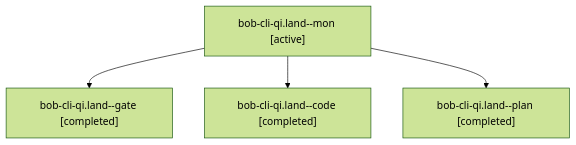
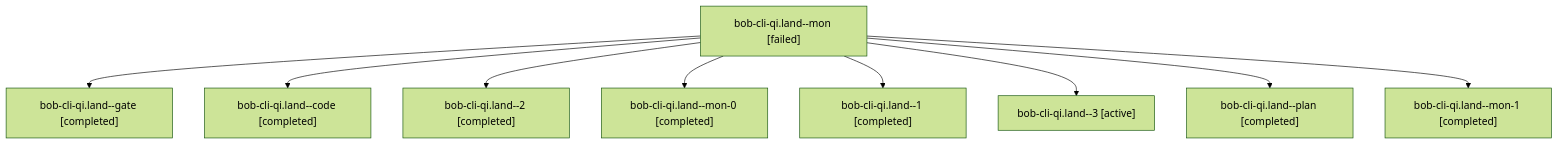
The diagram in sessions/bbugyi200.athena.bob-cli-qi.land.md (bobs-org/bob-cli--agents), drawn with Mermaid (forest theme) before and after one commit. The commit also changed other lines of this file and 67 other files, not shown here.

````diff
--- a/sessions/bbugyi200.athena.bob-cli-qi.land.md
+++ b/sessions/bbugyi200.athena.bob-cli-qi.land.md
@@ -9,10 +9,20 @@
 ```mermaid
 flowchart TD
-  n0["bob-cli-qi.land--mon [active]"]
+  n0["bob-cli-qi.land--mon [failed]"]
   n1["bob-cli-qi.land--gate [completed]"]
   n0 --> n1
   n2["bob-cli-qi.land--code [completed]"]
   n0 --> n2
-  n3["bob-cli-qi.land--plan [completed]"]
+  n3["bob-cli-qi.land--2 [completed]"]
   n0 --> n3
+  n4["bob-cli-qi.land--mon-0 [completed]"]
+  n0 --> n4
+  n5["bob-cli-qi.land--1 [completed]"]
+  n0 --> n5
+  n6["bob-cli-qi.land--3 [active]"]
+  n0 --> n6
+  n7["bob-cli-qi.land--plan [completed]"]
+  n0 --> n7
+  n8["bob-cli-qi.land--mon-1 [completed]"]
+  n0 --> n8
 ```
````
